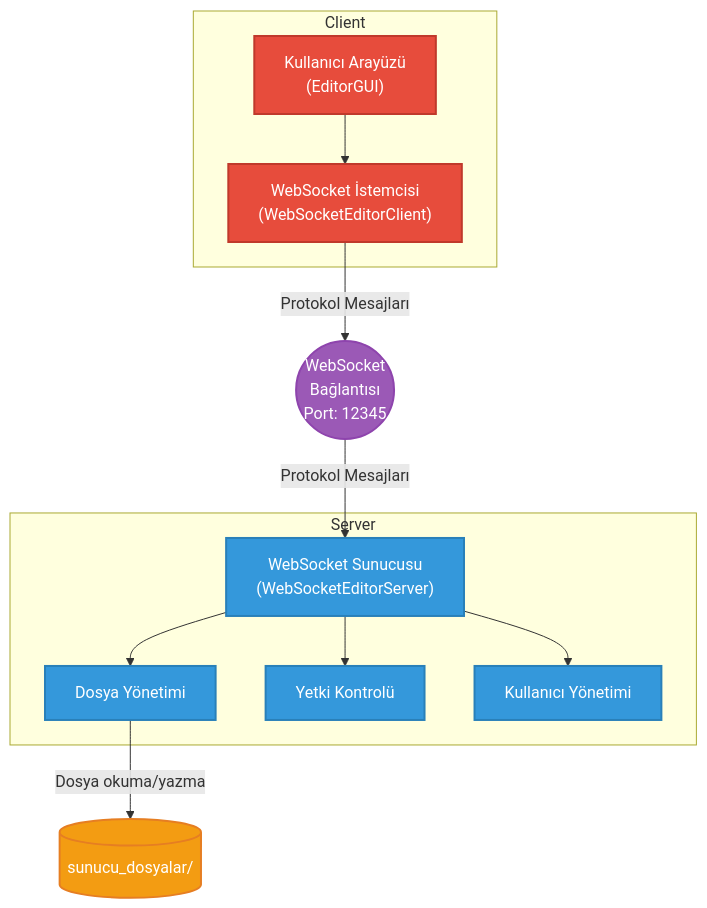
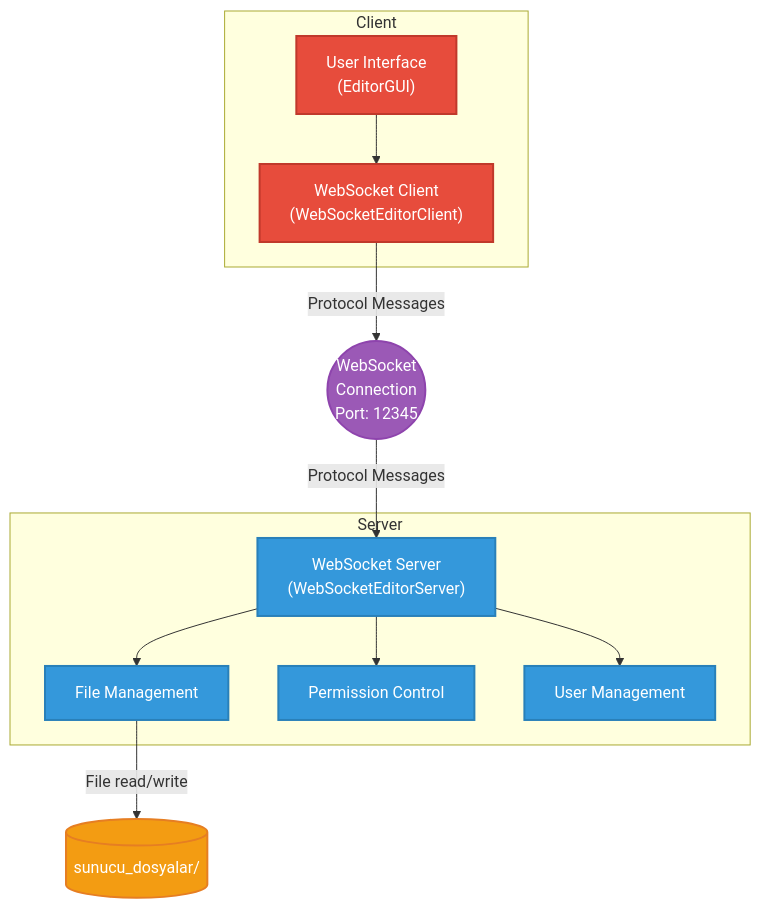
The diagram in README.md (smnrckr/MultiUserTextEditorPlus), drawn with Mermaid before and after one commit. The commit also changed other lines of this file, not shown here.

````diff
--- a/README.md
+++ b/README.md
@@ -86,26 +86,26 @@
 ```mermaid
 graph TD;
     subgraph Client
-        A["Kullanıcı Arayüzü<br/>(EditorGUI)"] --> B["WebSocket İstemcisi<br/>(WebSocketEditorClient)"];
+        A["User Interface<br/>(EditorGUI)"] --> B["WebSocket Client<br/>(WebSocketEditorClient)"];
     end
 
     subgraph Server
-        D["WebSocket Sunucusu<br/>(WebSocketEditorServer)"] --> E["Dosya Yönetimi"];
-        D --> F["Yetki Kontrolü"];
-        D --> G["Kullanıcı Yönetimi"];
+        D["WebSocket Server<br/>(WebSocketEditorServer)"] --> E["File Management"];
+        D --> F["Permission Control"];
+        D --> G["User Management"];
     end
 
-    B -- "Protokol Mesajları" --> C(("WebSocket<br/>Bağlantısı<br/>Port: 12345"));
-    C -- "Protokol Mesajları" --> D;
+    B -- "Protocol Messages" --> C(("WebSocket<br/>Connection<br/>Port: 12345"));
+    C -- "Protocol Messages" --> D;
 
-    E -- "Dosya okuma/yazma" --> H[("sunucu_dosyalar/")];
+    E -- "File read/write" --> H[("sunucu_dosyalar/")];
 
     style A fill:#e74c3c,stroke:#c0392b,stroke-width:2px,color:#ffffff
     style B fill:#e74c3c,stroke:#c0392b,stroke-width:2px,color:#ffffff
     style D fill:#3498db,stroke:#2980b9,stroke-width:2px,color:#ffffff
     style E fill:#3498db,stroke:#2980b9,stroke-width:2px,color:#ffffff
     style F fill:#3498db,stroke:#2980b9,stroke-width:2px,color:#ffffff
     style G fill:#3498db,stroke:#2980b9,stroke-width:2px,color:#ffffff
     style H fill:#f39c12,stroke:#e67e22,stroke-width:2px,color:#ffffff
     style C fill:#9b59b6,stroke:#8e44ad,stroke-width:2px,color:#ffffff
 ```
````
